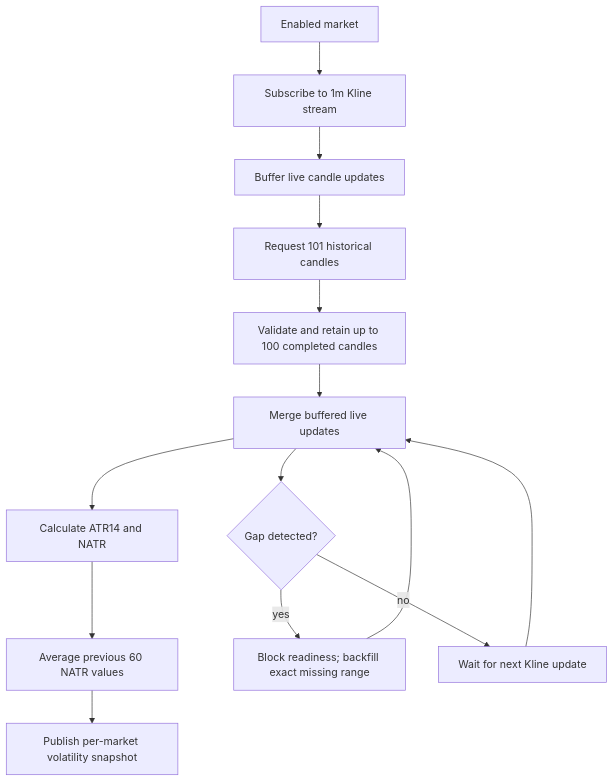
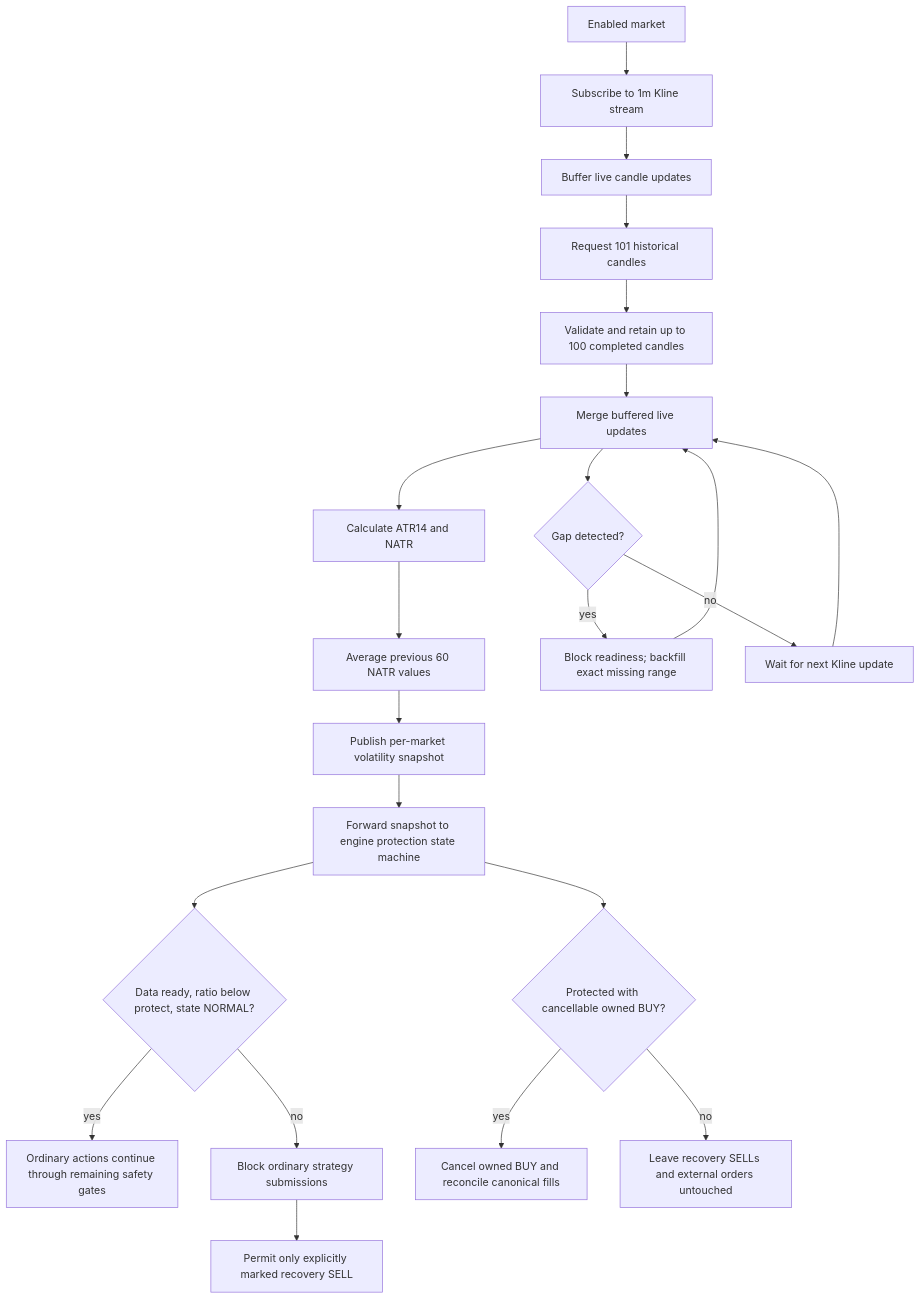
One commit to 45s/coinzilla changed the first of 2 diagrams in apps/harvester/docs/architecture/BROKER_HARVESTER_TRADING_FLOW.md. Above: the diagram before and after it, drawn with Mermaid. The commit also changed other lines of this file and 2 other files, not shown here.

Commit message:
docs(harvester): synchronize volatility protection architecture

````diff
--- a/apps/harvester/docs/architecture/BROKER_HARVESTER_TRADING_FLOW.md
+++ b/apps/harvester/docs/architecture/BROKER_HARVESTER_TRADING_FLOW.md
@@ -43,16 +43,24 @@
 ```mermaid
 flowchart TD
     A[Enabled market] --> B[Subscribe to 1m Kline stream]
     B --> C[Buffer live candle updates]
     C --> D[Request 101 historical candles]
     D --> E[Validate and retain up to 100 completed candles]
     E --> F[Merge buffered live updates]
     F --> G[Calculate ATR14 and NATR]
     G --> H[Average previous 60 NATR values]
     H --> I[Publish per-market volatility snapshot]
-    F --> J{Gap detected?}
-    J -- yes --> K[Block readiness; backfill exact missing range]
-    K --> F
-    J -- no --> L[Wait for next Kline update]
-    L --> F
+    I --> J[Forward snapshot to engine protection state machine]
+    J --> K{Data ready, ratio below protect, state NORMAL?}
+    K -- yes --> L[Ordinary actions continue through remaining safety gates]
+    K -- no --> M[Block ordinary strategy submissions]
+    M --> N[Permit only explicitly marked recovery SELL]
+    J --> O{Protected with cancellable owned BUY?}
+    O -- yes --> P[Cancel owned BUY and reconcile canonical fills]
+    O -- no --> Q[Leave recovery SELLs and external orders untouched]
+    F --> R{Gap detected?}
+    R -- yes --> S[Block readiness; backfill exact missing range]
+    S --> F
+    R -- no --> T[Wait for next Kline update]
+    T --> F
 ```
````
